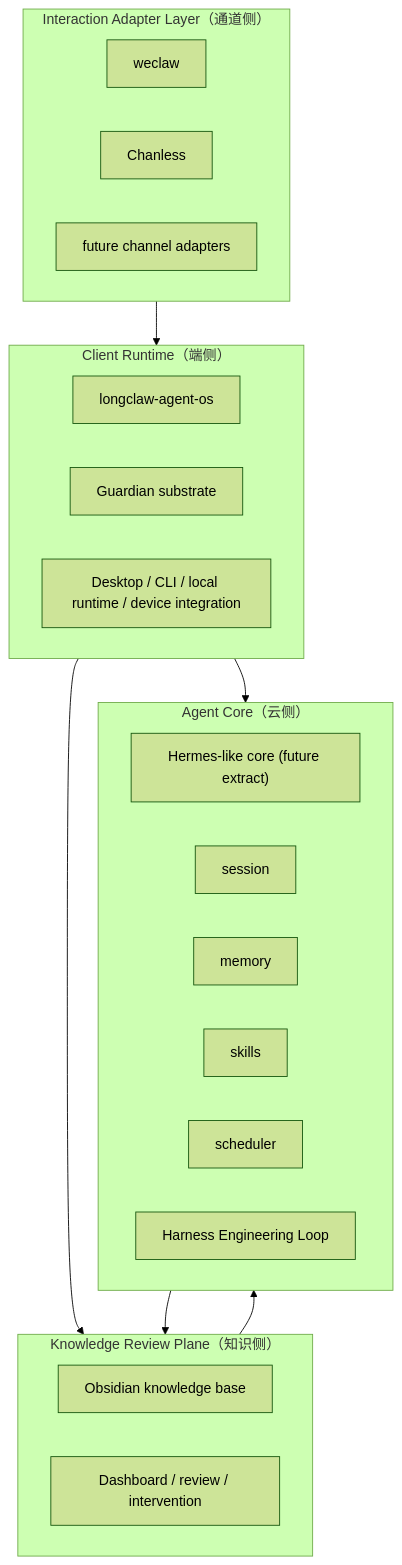
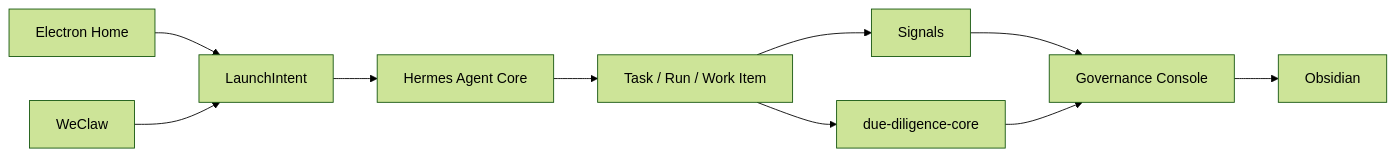
One commit to Gemini-Nick/hermes-agent changed the diagram in docs/longclaw/PLAN.md. Above: the diagram before and after it, drawn with Mermaid (forest theme). The commit also changed other lines of this file and 19 other files, not shown here.

````diff
--- a/docs/longclaw/PLAN.md
+++ b/docs/longclaw/PLAN.md
@@ -48,34 +96,22 @@
 ```mermaid
-flowchart TB
-  subgraph CR["Client Runtime（端侧）"]
-    AO["longclaw-agent-os"]
-    GD["Guardian substrate"]
-    UI["Desktop / CLI / local runtime / device integration"]
-  end
+flowchart LR
+  EH["Electron Home"]
+  WC["WeClaw"]
+  LI["LaunchIntent"]
+  HC["Hermes Agent Core"]
+  RW["Task / Run / Work Item"]
+  SG["Signals"]
+  DD["due-diligence-core"]
+  GC["Governance Console"]
+  OB["Obsidian"]
 
-  subgraph IA["Interaction Adapter Layer（通道侧）"]
-    WC["weclaw"]
-    CH["Chanless"]
-    CA["future channel adapters"]
-  end
-
-  subgraph KP["Knowledge Review Plane（知识侧）"]
-    OB["Obsidian knowledge base"]
-    DB["Dashboard / review / intervention"]
-  end
-
-  subgraph AC["Agent Core（云侧）"]
-    HC["Hermes-like core (future extract)"]
-    SS["session"]
-    MM["memory"]
-    SK["skills"]
-    SC["scheduler"]
-    LL["Harness Engineering Loop"]
-  end
-
-  IA --> CR
-  CR --> KP
-  CR --> AC
-  KP --> AC
-  AC --> KP
+  EH --> LI
+  WC --> LI
+  LI --> HC
+  HC --> RW
+  RW --> SG
+  RW --> DD
+  SG --> GC
+  DD --> GC
+  GC --> OB
 ```
````
